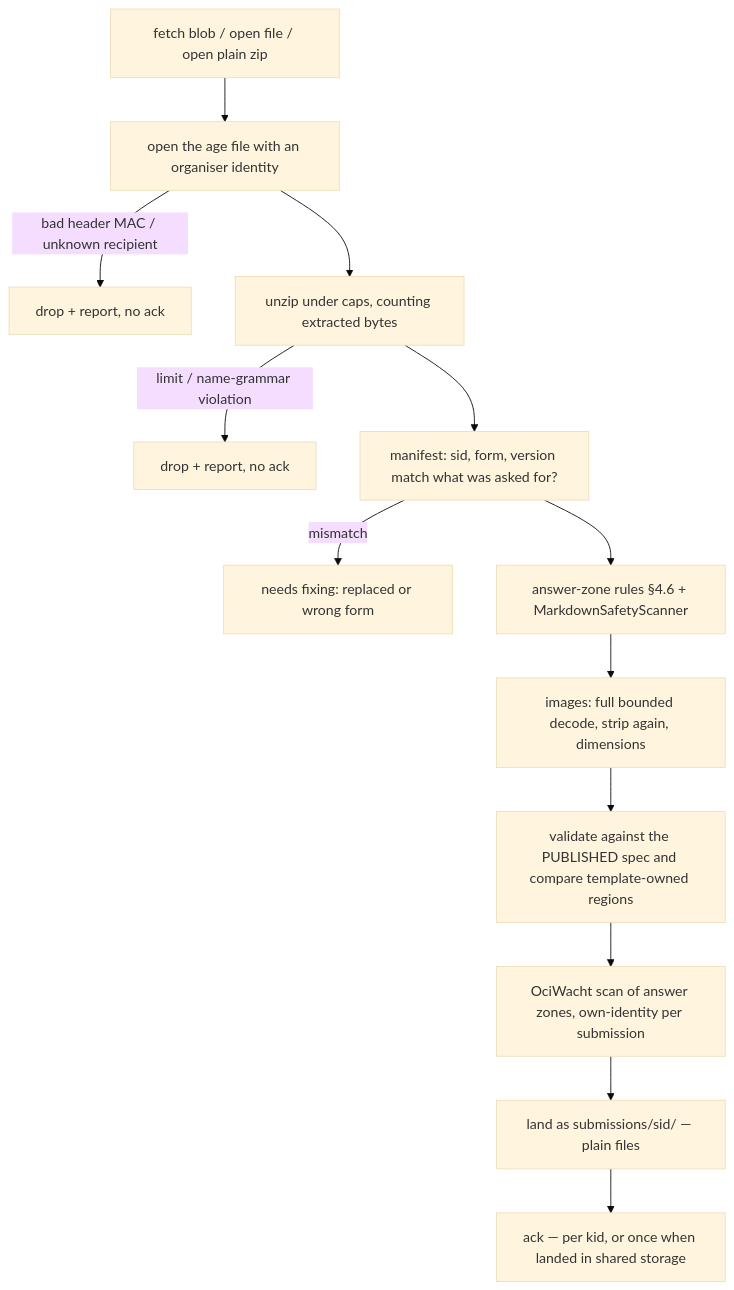
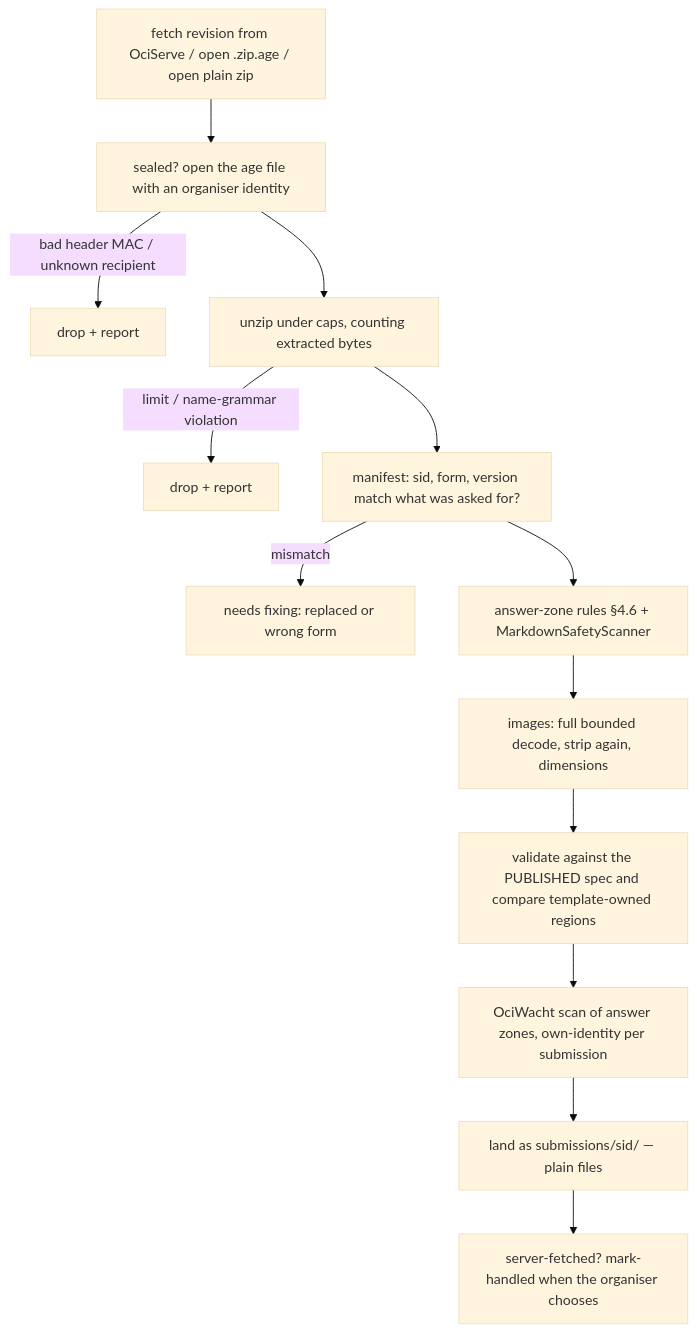
One commit to brennodewinter/Ocideck changed the second of 2 diagrams in docs/design/FORM_INTAKE.md. Above: the diagram before and after it, drawn with Mermaid (base theme). The commit also changed other lines of this file and 3 other files, not shown here.

````diff
--- a/docs/design/FORM_INTAKE.md
+++ b/docs/design/FORM_INTAKE.md
@@ -1371,15 +1444,15 @@
 ```mermaid
 flowchart TD
-  A[fetch blob / open file / open plain zip] --> B[open the age file with an organiser identity]
-  B -->|bad header MAC / unknown recipient| X1[drop + report, no ack]
+  A[fetch revision from OciServe / open .zip.age / open plain zip] --> B[sealed? open the age file with an organiser identity]
+  B -->|bad header MAC / unknown recipient| X1[drop + report]
   B --> C[unzip under caps, counting extracted bytes]
-  C -->|limit / name-grammar violation| X2[drop + report, no ack]
+  C -->|limit / name-grammar violation| X2[drop + report]
   C --> M[manifest: sid, form, version match what was asked for?]
   M -->|mismatch| X3[needs fixing: replaced or wrong form]
   M --> D[answer-zone rules §4.6 + MarkdownSafetyScanner]
   D --> E[images: full bounded decode, strip again, dimensions]
   E --> F[validate against the PUBLISHED spec and compare template-owned regions]
   F --> G[OciWacht scan of answer zones, own-identity per submission]
   G --> H[land as submissions/sid/ — plain files]
-  H --> I[ack — per kid, or once when landed in shared storage]
+  H --> I[server-fetched? mark-handled when the organiser chooses]
 ```
````
